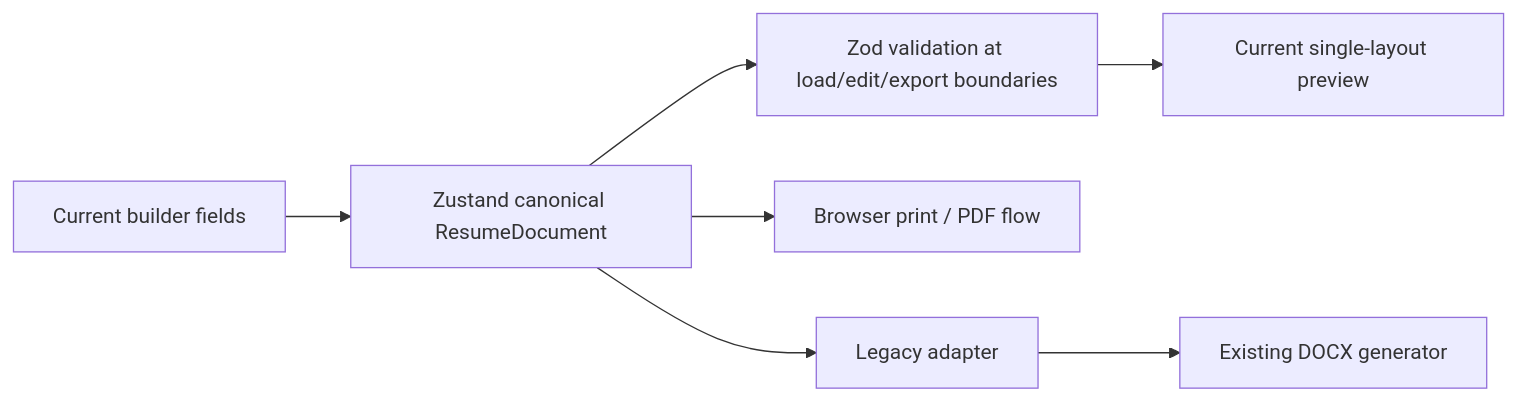
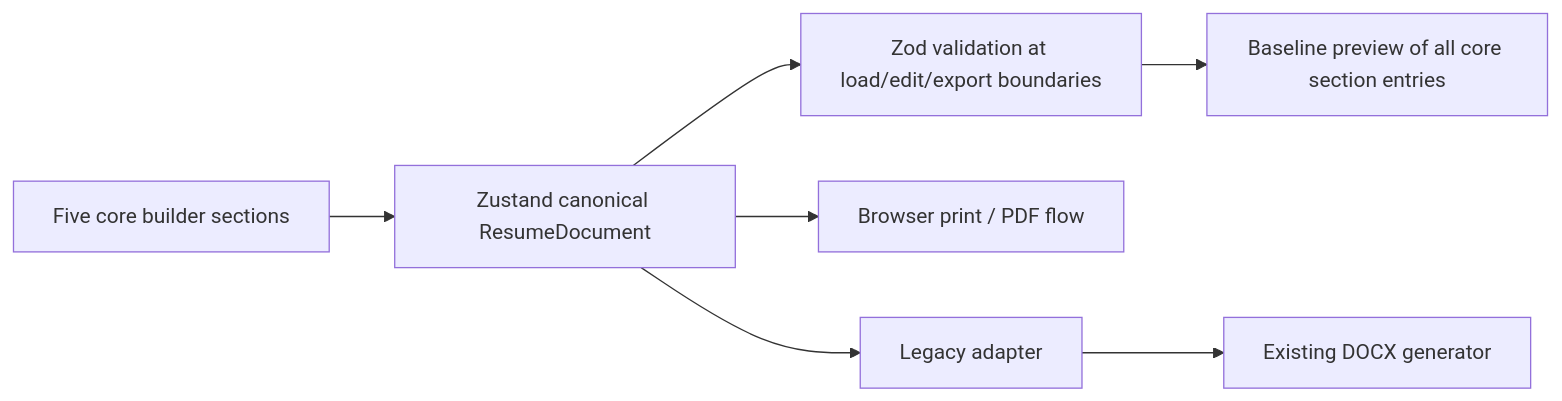
One commit to funkyvibespk/cvmaker changed the first of 2 diagrams in docs/ARCHITECTURE.md. Above: the diagram before and after it, drawn with Mermaid. The commit also changed other lines of this file and 6 other files, not shown here.

````diff
--- a/docs/ARCHITECTURE.md
+++ b/docs/ARCHITECTURE.md
@@ -72,9 +72,9 @@
 ```mermaid
 flowchart LR
-    A["Current builder fields"] --> B["Zustand canonical ResumeDocument"]
+    A["Five core builder sections"] --> B["Zustand canonical ResumeDocument"]
     B --> C["Zod validation at load/edit/export boundaries"]
-    C --> D["Current single-layout preview"]
+    C --> D["Baseline preview of all core section entries"]
     B --> E["Browser print / PDF flow"]
     B --> F["Legacy adapter"]
     F --> G["Existing DOCX generator"]
 ```
````
